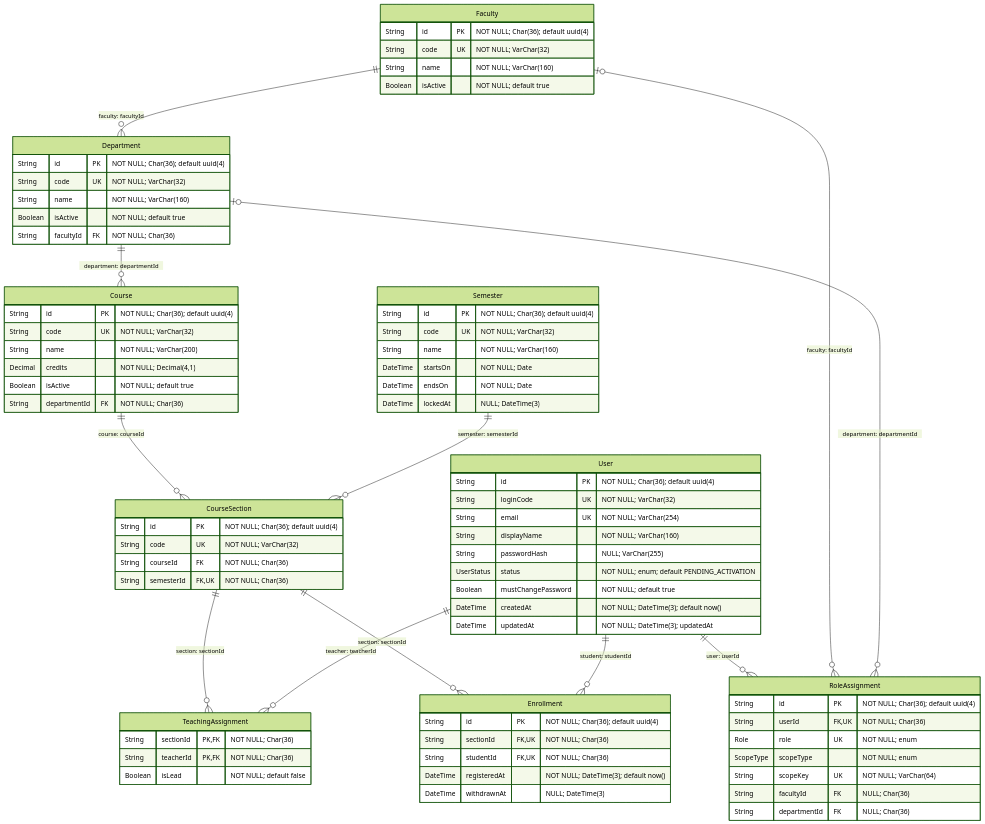
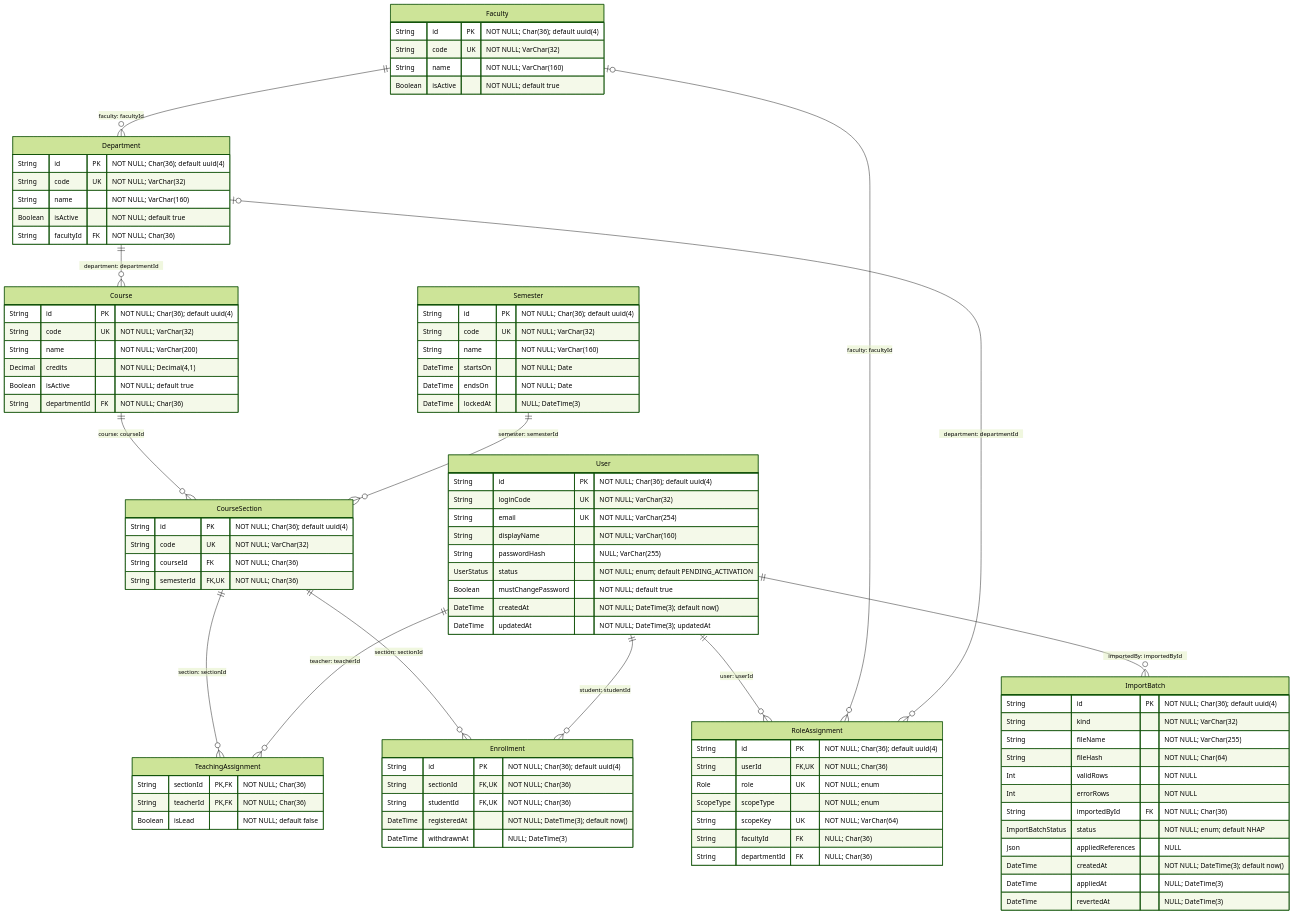
The first of 4 diagrams in docs/ERD.md (nguyenvansang3902/Student-Feedback-System-for-Courses), drawn with Mermaid (forest theme) before and after one commit. The commit also changed other lines of this file and 82 other files, not shown here.

````diff
--- a/docs/ERD.md
+++ b/docs/ERD.md
@@ -111,6 +112,21 @@
     String facultyId FK "NULL; Char(36)"
     String departmentId FK "NULL; Char(36)"
   }
+  %% ImportBatch: model chính
+  ImportBatch {
+    String id PK "NOT NULL; Char(36); default uuid(4)"
+    String kind "NOT NULL; VarChar(32)"
+    String fileName "NOT NULL; VarChar(255)"
+    String fileHash "NOT NULL; Char(64)"
+    Int validRows "NOT NULL"
+    Int errorRows "NOT NULL"
+    String importedById FK "NOT NULL; Char(36)"
+    ImportBatchStatus status "NOT NULL; enum; default NHAP"
+    Json appliedReferences "NULL"
+    DateTime createdAt "NOT NULL; DateTime(3); default now()"
+    DateTime appliedAt "NULL; DateTime(3)"
+    DateTime revertedAt "NULL; DateTime(3)"
+  }
   Faculty ||--o{ Department : "faculty: facultyId"
   Department ||--o{ Course : "department: departmentId"
   Course ||--o{ CourseSection : "course: courseId"
@@ -122,4 +138,5 @@
   User ||--o{ RoleAssignment : "user: userId"
   Faculty |o--o{ RoleAssignment : "faculty: facultyId"
   Department |o--o{ RoleAssignment : "department: departmentId"
+  User ||--o{ ImportBatch : "importedBy: importedById"
 ```
````
